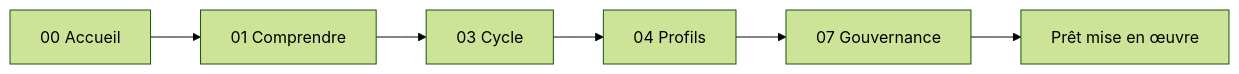
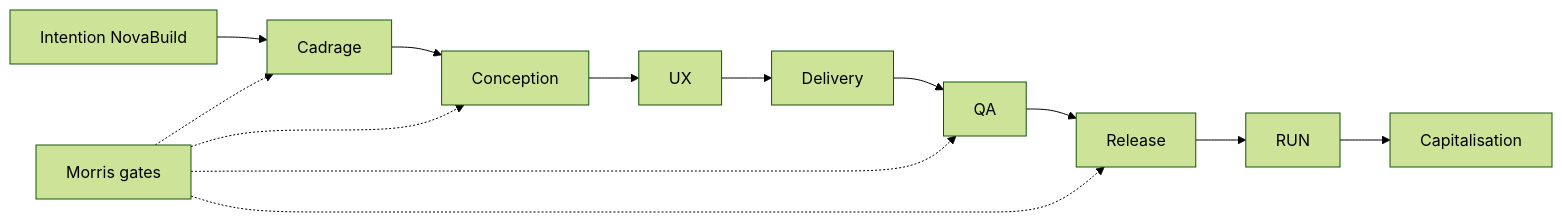
One commit to mcleland147/sfia-workspace changed the diagram in sfia-review-handoff/latest-chatgpt-review.md. Above: the diagram before and after it, drawn with Mermaid (forest theme). The commit also changed other lines of this file, not shown here.

````diff
--- a/sfia-review-handoff/latest-chatgpt-review.md
+++ b/sfia-review-handoff/latest-chatgpt-review.md
@@ -1398,8 +718,12 @@
 ```mermaid
 flowchart LR
-  A[00 Accueil] --> B[01 Comprendre]
-  B --> C[03 Cycle]
-  C --> D[04 Profils]
-  D --> E[07 Gouvernance]
-  E --> F[Prêt mise en œuvre]
+  A[Intention NovaBuild] --> B[Cadrage]
+  B --> C[Conception]
+  C --> D[UX]
+  D --> E[Delivery]
+  E --> F[QA]
+  F --> G[Release]
+  G --> H[RUN]
+  H --> I[Capitalisation]
+  M[Morris gates] -.-> B & C & F & G
 ```
````
